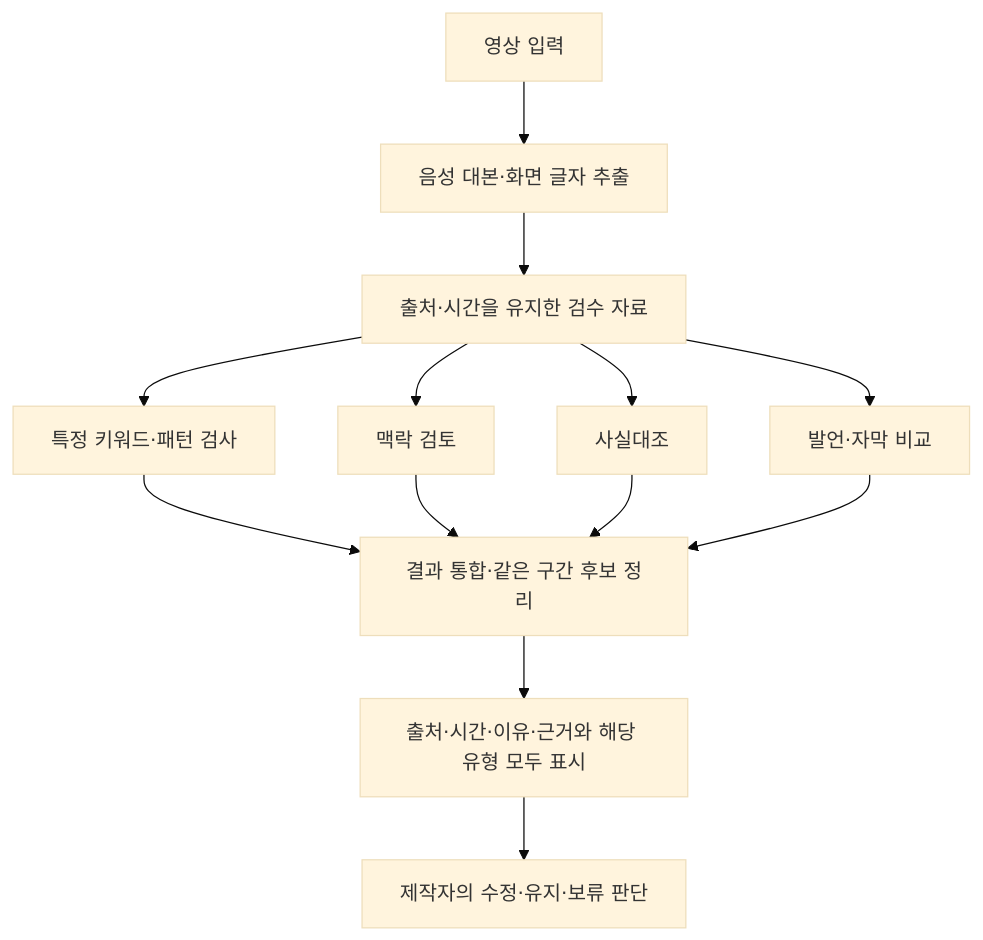
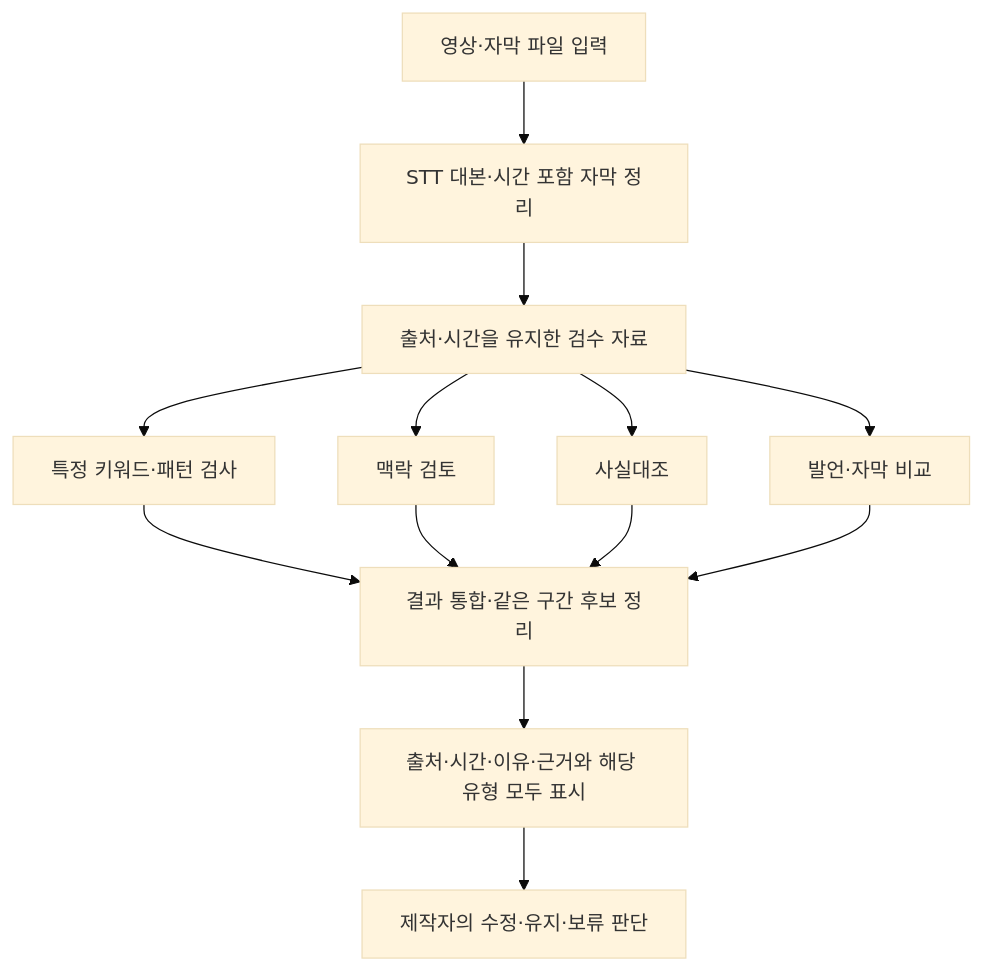
Before and after one commit to turtleisbestanimal/OoPs-: the diagram in 전체_기획서.md, drawn with Mermaid (base theme). The commit also changed other lines of this file and 3 other files, not shown here.

````diff
--- a/전체_기획서.md
+++ b/전체_기획서.md
@@ -232,15 +238,15 @@
 ```mermaid
 flowchart TD
-    A["영상 입력"] --> B["음성 대본·화면 글자 추출"]
+    A["영상·자막 파일 입력"] --> B["STT 대본·시간 포함 자막 정리"]
     B --> C["출처·시간을 유지한 검수 자료"]
     C --> D["특정 키워드·패턴 검사"]
     C --> E["맥락 검토"]
     C --> F["사실대조"]
     C --> G["발언·자막 비교"]
     D --> H["결과 통합·같은 구간 후보 정리"]
     E --> H
     F --> H
     G --> H
     H --> I["출처·시간·이유·근거와 해당 유형 모두 표시"]
     I --> J["제작자의 수정·유지·보류 판단"]
 ```
````
